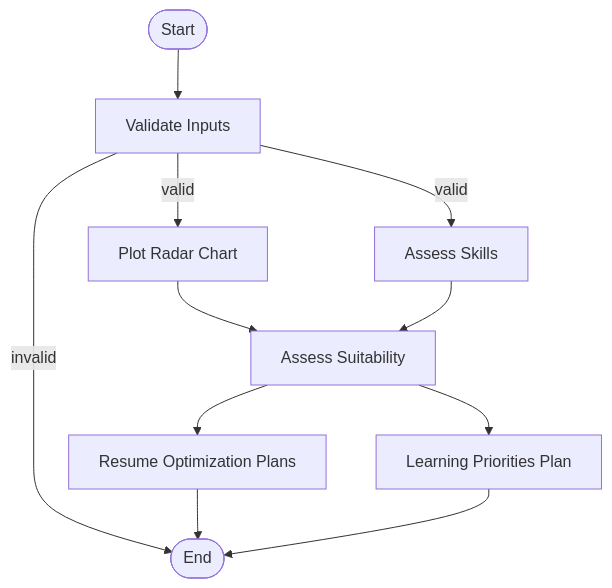
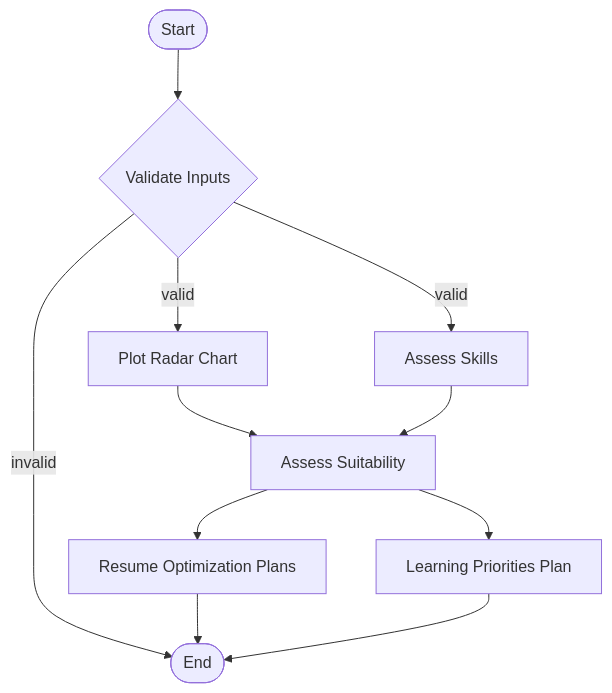
Before and after one commit to wahidrahim/role-report-ai: the first of 2 diagrams in docs/README.md, drawn with Mermaid.

Commit message:
docs: use diamond shape for conditional validateInputs node
Change validateInputs from rectangle [text] to diamond {text} shape
to properly represent it as a decision/conditional node in the
mermaid flowchart.

````diff
--- a/docs/README.md
+++ b/docs/README.md
@@ -28,13 +28,13 @@
 ```mermaid
 graph TD
-    Start([Start]) --> validateInputs[Validate Inputs]
+    Start([Start]) --> validateInputs{Validate Inputs}
     validateInputs -->|valid| plotRadarChart[Plot Radar Chart]
     validateInputs -->|valid| assessSkills[Assess Skills]
     validateInputs -->|invalid| End([End])
     plotRadarChart --> assessSuitability[Assess Suitability]
     assessSkills --> assessSuitability
     assessSuitability --> resumeOptimizationPlans[Resume Optimization Plans]
     assessSuitability --> learningPrioritiesPlan[Learning Priorities Plan]
     resumeOptimizationPlans --> End
     learningPrioritiesPlan --> End
 ```
````
